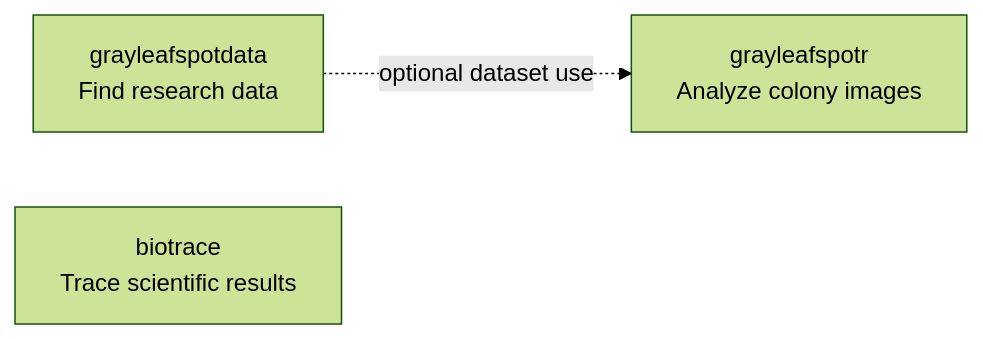
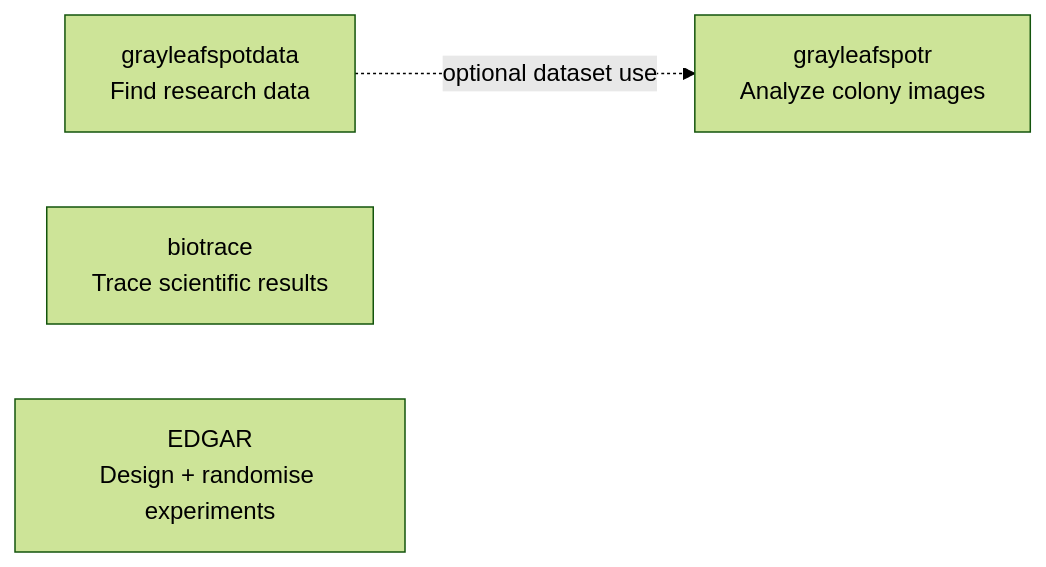
One commit to rotsl/rotsl.r-universe.dev changed the ninth of 9 diagrams in README.md. Above: the diagram before and after it, drawn with Mermaid (forest theme). The commit also changed other lines of this file, not shown here.

````diff
--- a/README.md
+++ b/README.md
@@ -390,8 +512,9 @@
-```mermaid
+``` mermaid
 flowchart LR
     A["grayleafspotdata<br/>Find research data"]
     B["grayleafspotr<br/>Analyze colony images"]
     C["biotrace<br/>Trace scientific results"]
+    D["EDGAR<br/>Design + randomise experiments"]
 
     A -. "optional dataset use" .-> B
 ```
````
